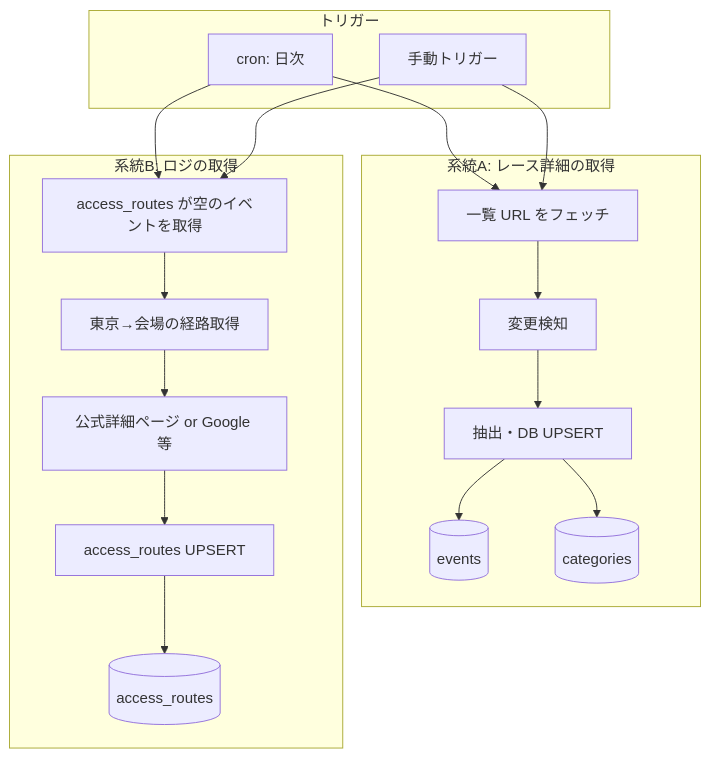
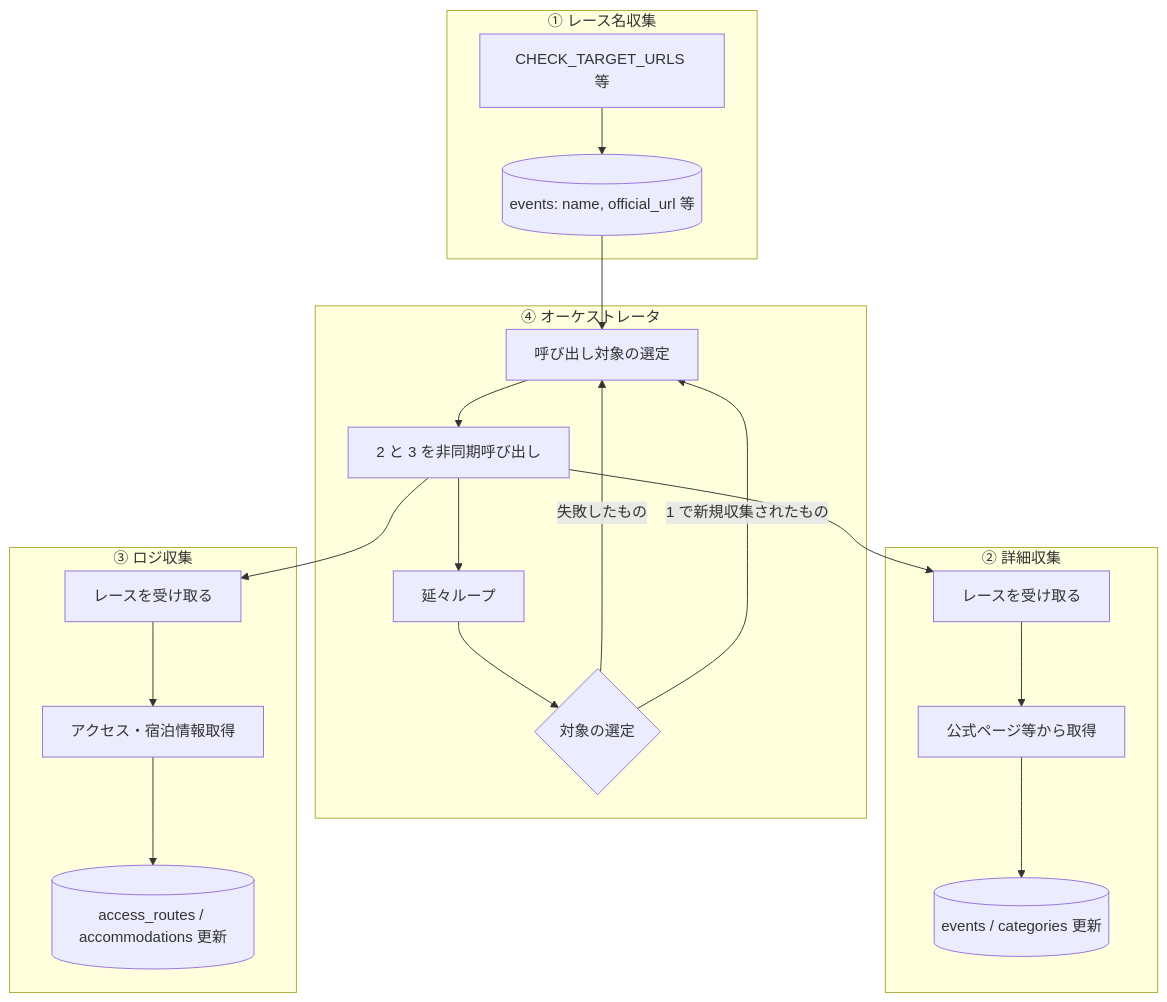
The first of 5 diagrams in docs/SPEC_BACKEND_FLOW.md (bokuno-studio/YabaiTravel), drawn with Mermaid before and after one commit. The commit also changed other lines of this file and 3 other files, not shown here.

First line of the commit message:
docs(#24): 4スクリプト構成に全面改訂（レース名収集/詳細収集/ロジ収集/オーケストレータ）

````diff
--- a/docs/SPEC_BACKEND_FLOW.md
+++ b/docs/SPEC_BACKEND_FLOW.md
@@ -14,25 +20,28 @@
 ```mermaid
 flowchart TB
-    subgraph トリガー
-        T1[cron: 日次]
-        T2[手動トリガー]
+    subgraph S1["① レース名収集"]
+        S1_IN[CHECK_TARGET_URLS 等] --> S1_OUT[(events: name, official_url 等)]
     end
 
-    subgraph 系統A["系統A: レース詳細の取得"]
-        T1 --> A1[一覧 URL をフェッチ]
-        T2 --> A1
-        A1 --> A2[変更検知]
-        A2 --> A3[抽出・DB UPSERT]
-        A3 --> EVENTS[(events)]
-        A3 --> CATS[(categories)]
+    subgraph S4["④ オーケストレータ"]
+        S4_IN[呼び出し対象の選定] --> S4_DISPATCH[2 と 3 を非同期呼び出し]
+        S4_DISPATCH --> S4_LOOP[延々ループ]
+        S4_LOOP --> S4_SELECT{対象の選定}
     end
 
-    subgraph 系統B["系統B: ロジの取得"]
-        T1 --> B1[access_routes が空のイベントを取得]
-        T2 --> B1
-        B1 --> B2[東京→会場の経路取得]
-        B2 --> B3[公式詳細ページ or Google 等]
-        B3 --> B4[access_routes UPSERT]
-        B4 --> ROUTES[(access_routes)]
+    subgraph S2["② 詳細収集"]
+        S2_IN[レースを受け取る] --> S2_FETCH[公式ページ等から取得]
+        S2_FETCH --> S2_WRITE[(events / categories 更新)]
     end
+
+    subgraph S3["③ ロジ収集"]
+        S3_IN[レースを受け取る] --> S3_FETCH[アクセス・宿泊情報取得]
+        S3_FETCH --> S3_WRITE[(access_routes / accommodations 更新)]
+    end
+
+    S1_OUT --> S4_IN
+    S4_SELECT -->|失敗したもの| S4_IN
+    S4_SELECT -->|1 で新規収集されたもの| S4_IN
+    S4_DISPATCH --> S2_IN
+    S4_DISPATCH --> S3_IN
 ```
````
